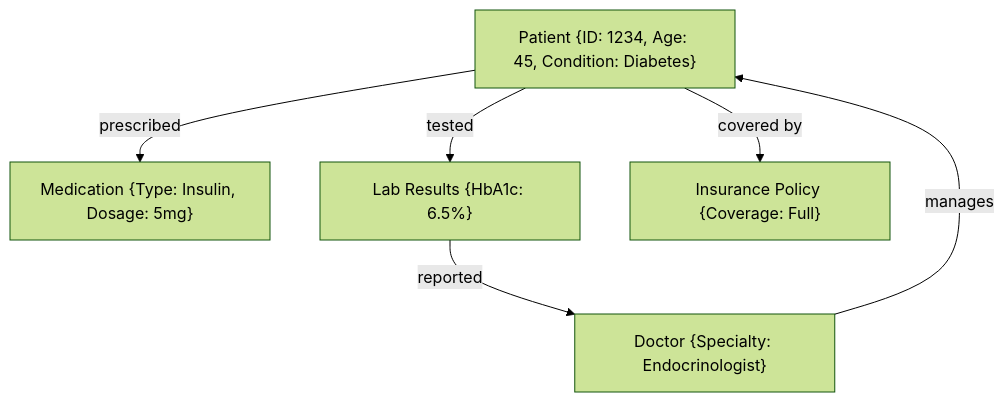
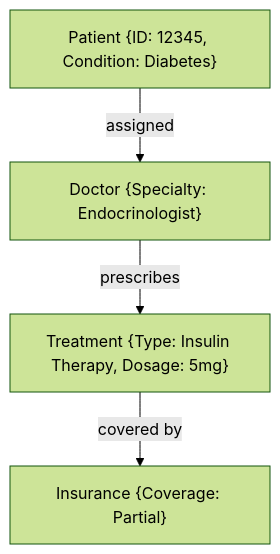
One commit to TheGuyFromTheApprentice/ActiveGraphNetworks changed the fourth of 8 diagrams in README.md. Above: the diagram before and after it, drawn with Mermaid (forest theme). The commit also changed other lines of this file, not shown here.

````diff
--- a/README.md
+++ b/README.md
@@ -82,13 +87,10 @@
 ```mermaid
 graph TD;
-    Patient["Patient {ID: 1234, Age: 45, Condition: Diabetes}"]
-    Medication["Medication {Type: Insulin, Dosage: 5mg}"]
+    Patient["Patient {ID: 12345, Condition: Diabetes}"]
+    Treatment["Treatment {Type: Insulin Therapy, Dosage: 5mg}"]
     Doctor["Doctor {Specialty: Endocrinologist}"]
-    Lab["Lab Results {HbA1c: 6.5%}"]
-    Insurance["Insurance Policy {Coverage: Full}"]
-    Patient -->|prescribed| Medication
-    Doctor -->|manages| Patient
-    Patient -->|tested| Lab
-    Lab -->|reported| Doctor
-    Patient -->|covered by| Insurance
+    Insurance["Insurance {Coverage: Partial}"]
+    Patient -->|assigned| Doctor
+    Doctor -->|prescribes| Treatment
+    Treatment -->|covered by| Insurance
 ```
````
